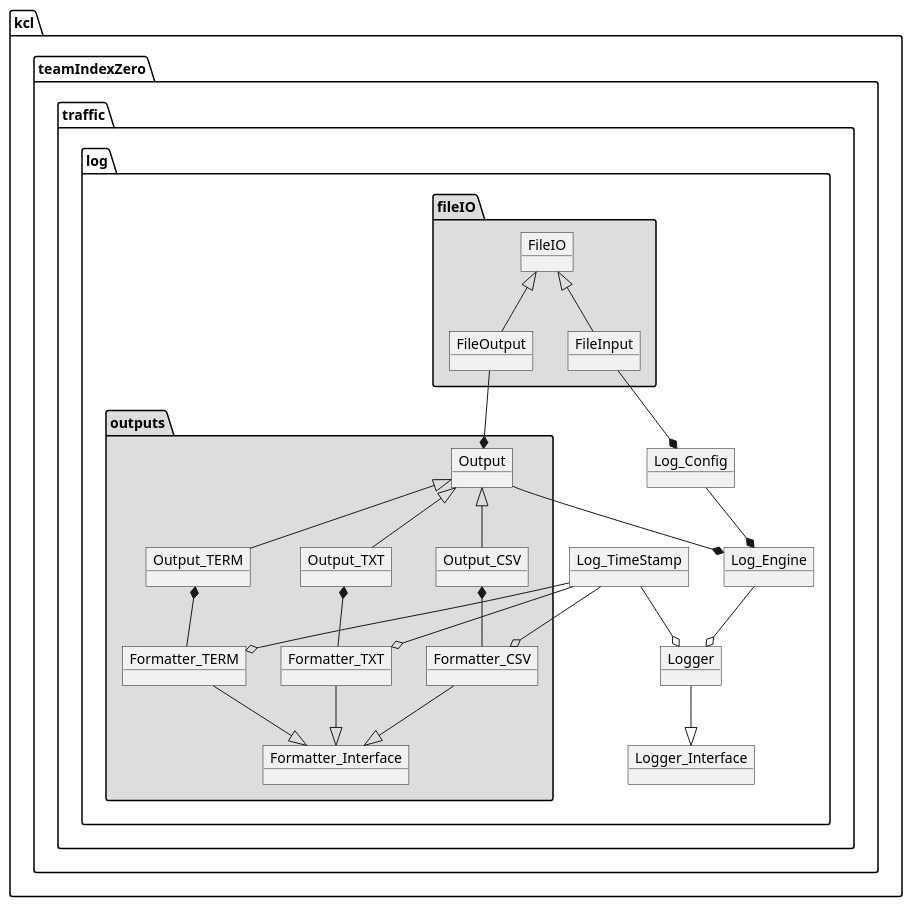
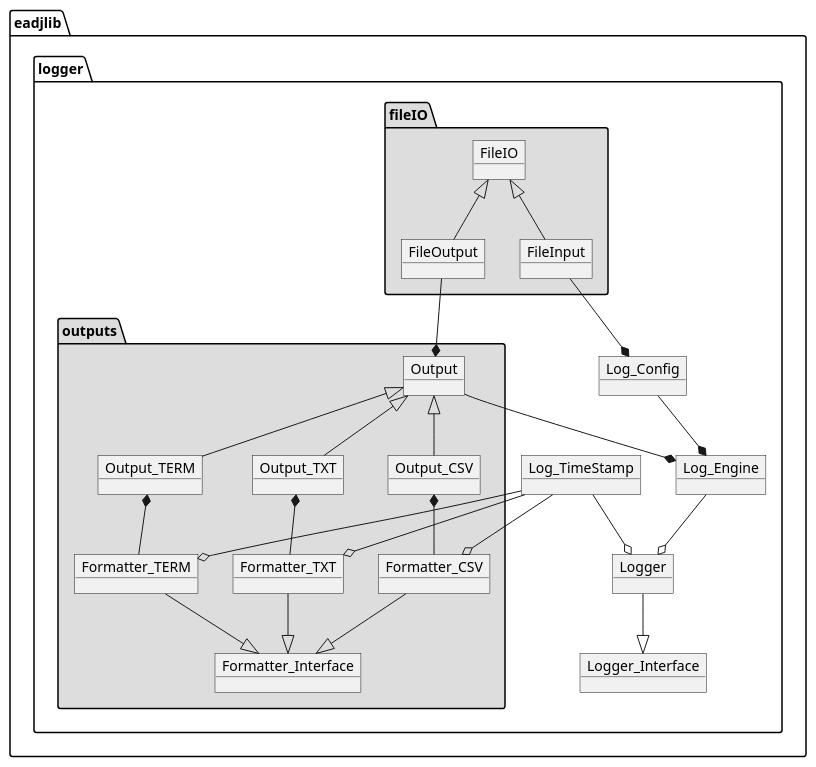
The diagram in docs/uml/loggerObjectDiagram.puml (An7ar35/eadjlib), drawn with PlantUML before and after one commit. The commit also changed 1 other file, not shown here.

Commit message:
[UML] Updated package names from old project to eadjlib

```diff
--- a/docs/uml/loggerObjectDiagram.puml
+++ b/docs/uml/loggerObjectDiagram.puml
@@ -1,52 +1,52 @@
 @startuml
-package "kcl.teamIndexZero.traffic.log" #FFFFFF {
+package "eadjlib.logger" #FFFFFF {
 	object Logger_Interface
 	object Logger
 	object Log_Engine
 	object Log_Config
 	object Log_TimeStamp
 	
 	Logger --|> Logger_Interface
 	Log_TimeStamp --o Logger
 	Log_Engine --o Logger
 	Log_Config --* Log_Engine
 	
-	package "kcl.teamIndexZero.traffic.log.outputs" #DDDDDD {
+	package "eadjlib.logger.outputs" #DDDDDD {
 		object Formatter_Interface
 		object Formatter_TERM
 		object Formatter_TXT
 		object Formatter_CSV
 		object Output
 		object Output_TERM
 		object Output_TXT
 		object Output_CSV
 
 		Formatter_TERM --|> Formatter_Interface
 		Formatter_TXT --|> Formatter_Interface
 		Formatter_CSV --|> Formatter_Interface
 		Log_TimeStamp --o Formatter_TERM
 		Log_TimeStamp --o Formatter_TXT
 		Log_TimeStamp --o Formatter_CSV
 		Output --* Log_Engine
 		Output <|-- Output_TERM
 		Output <|-- Output_TXT
 		Output <|-- Output_CSV
 		Output_TERM *-- Formatter_TERM
 		Output_TXT *-- Formatter_TXT
 		Output_CSV *-- Formatter_CSV
 	}
 	
-	package "kcl.teamIndexZero.traffic.log.fileIO" #DDDDDD {
+	package "eadjlib.logger.fileIO" #DDDDDD {
 		object FileIO
 		object FileInput
 		object FileOutput
 		
 		FileIO <|-- FileOutput
 		FileIO <|-- FileInput
 	}
 	
 	FileOutput --* Output
 	FileInput --* Log_Config
 }
 
 @enduml
```
